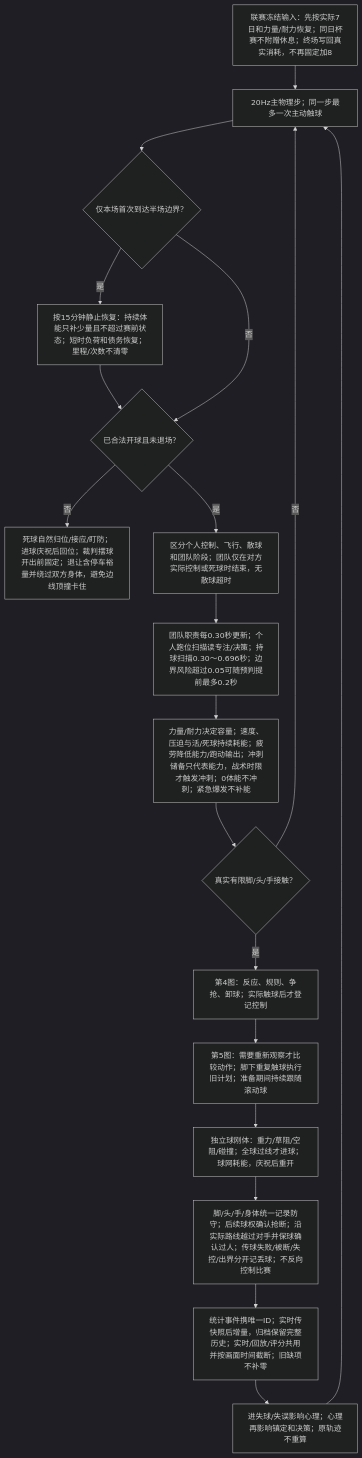
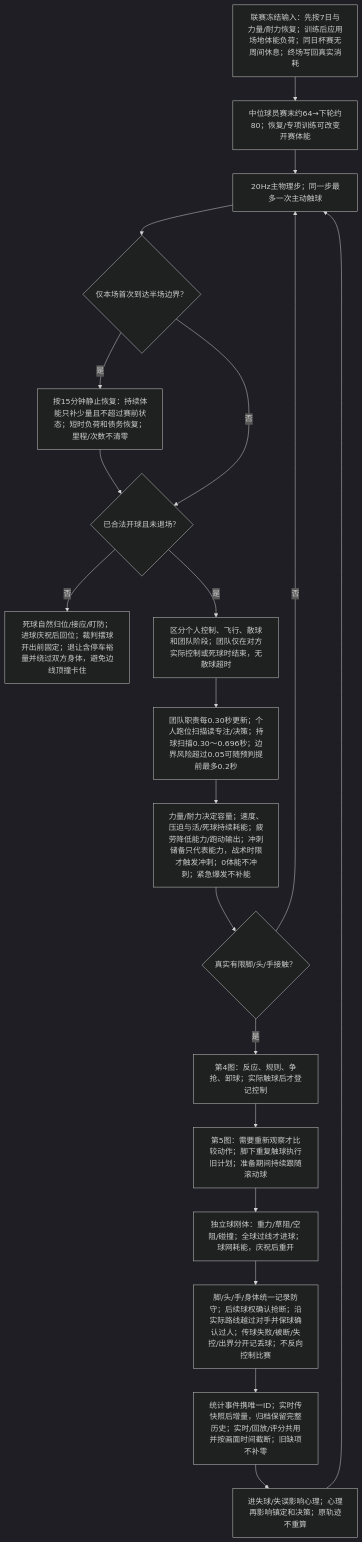
Before and after one commit to sixu3575/touchline-manager: the first of 7 diagrams in packages/shared/modules/matches/design/PLAYER_DECISION_MAP.md, drawn with Mermaid (dark theme). The commit also changed other lines of this file and 23 other files, not shown here.

````diff
--- a/packages/shared/modules/matches/design/PLAYER_DECISION_MAP.md
+++ b/packages/shared/modules/matches/design/PLAYER_DECISION_MAP.md
@@ -13,21 +13,22 @@
 ```mermaid
 flowchart TD
-  OW["联赛冻结输入：先按实际7日和力量/耐力恢复；同日杯赛不附赠休息；终场写回真实消耗，不再固定加8"] --> O0["20Hz主物理步；同一步最多一次主动触球"]
+  OW["联赛冻结输入：先按7日与力量/耐力恢复；训练后应用场地体能负荷；同日杯赛无周间休息；终场写回真实消耗"] --> OW1["中位球员赛末约64→下轮约80；恢复/专项训练可改变开赛体能"]
+  OW1 --> O0["20Hz主物理步；同一步最多一次主动触球"]
   O0 --> OH{"仅本场首次到达半场边界？"}
   OH -->|是| OH1["按15分钟静止恢复：持续体能只补少量且不超过赛前状态；短时负荷和债务恢复；里程/次数不清零"]
   OH1 --> O1{"已合法开球且未退场？"}
   OH -->|否| O1
   O1 -->|否| O2["死球自然归位/接应/盯防；进球庆祝后回位；裁判摆球开出前固定；退让含停车裕量并绕过双方身体，避免边线顶撞卡住"]
   O1 -->|是| O3["区分个人控制、飞行、散球和团队阶段；团队仅在对方实际控制或死球时结束，无散球超时"]
   O3 --> O4["团队职责每0.30秒更新；个人跑位扫描读专注/决策；持球扫描0.30～0.696秒；边界风险超过0.05可随预判提前最多0.2秒"]
   O4 --> O5["力量/耐力决定容量；速度、压迫与活/死球持续耗能；疲劳降低能力/跑动输出；冲刺储备只代表能力，战术时限才触发冲刺；0体能不冲刺；紧急爆发不补能"]
   O5 --> O6{"真实有限脚/头/手接触？"}
   O6 -->|否| O0
   O6 -->|是| O7["第4图：反应、规则、争抢、卸球；实际触球后才登记控制"]
   O7 --> O8["第5图：需要重新观察才比较动作；脚下重复触球执行旧计划；准备期间持续跟随滚动球"]
   O8 --> O9["独立球刚体：重力/草阻/空阻/碰撞；全球过线才进球；球网耗能，庆祝后重开"]
   O9 --> OS["脚/头/手/身体统一记录防守；后续球权确认抢断；沿实际路线越过对手并保球确认过人；传球失败/被断/失控/出界分开记丢球；不反向控制比赛"]
   OS --> OSC["统计事件携唯一ID；实时传快照后增量，归档保留完整历史；实时/回放/评分共用并按画面时间截断；旧缺项不补零"]
   OSC --> OM["进失球/失误影响心理；心理再影响镇定和决策；原轨迹不重算"]
   OM --> O0
 ```
````
